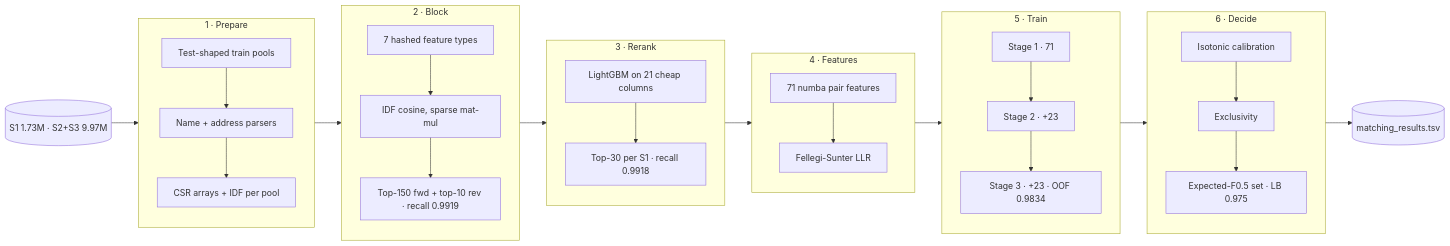
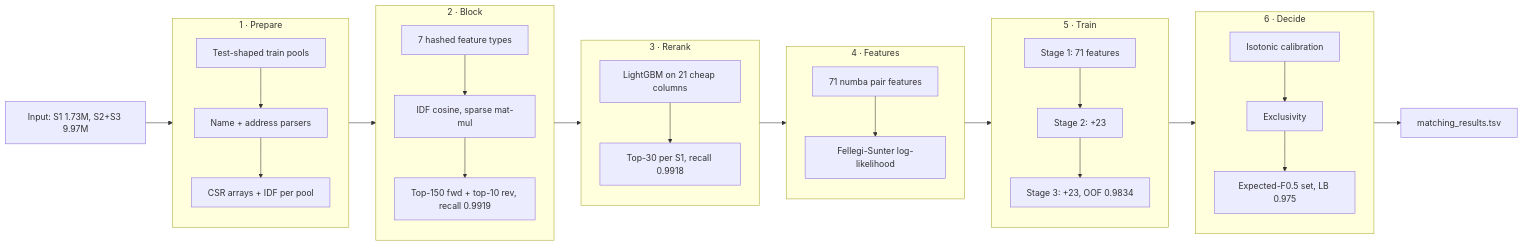
One commit to supersanchayrx/Entity_Resolution_ML_Challenge_2026_Amazon changed the diagram in docs/architecture.mmd. Above: the diagram before and after it, drawn with Mermaid. The commit also changed 3 other files, not shown here.

First line of the commit message:
Excalidraw overview diagram at the top of the README

```diff
--- a/docs/architecture.mmd
+++ b/docs/architecture.mmd
@@ -1,37 +1,37 @@
-%% Compact source of docs/architecture.svg (paste into Mermaid Live or Excalidraw's Mermaid import)
+%% Source of docs/architecture_overview.excalidraw (converted with mermaid-to-excalidraw.vercel.app)
 flowchart LR
-    IN[("S1 1.73M · S2+S3 9.97M")]
+    IN["Input: S1 1.73M, S2+S3 9.97M"]
 
     subgraph P1["1 · Prepare"]
         direction TB
         A1["Test-shaped train pools"] --> A2["Name + address parsers"] --> A3["CSR arrays + IDF per pool"]
     end
 
     subgraph P2["2 · Block"]
         direction TB
-        B1["7 hashed feature types"] --> B2["IDF cosine, sparse mat-mul"] --> B3["Top-150 fwd + top-10 rev · recall 0.9919"]
+        B1["7 hashed feature types"] --> B2["IDF cosine, sparse mat-mul"] --> B3["Top-150 fwd + top-10 rev, recall 0.9919"]
     end
 
     subgraph P3["3 · Rerank"]
         direction TB
-        C1["LightGBM on 21 cheap columns"] --> C2["Top-30 per S1 · recall 0.9918"]
+        C1["LightGBM on 21 cheap columns"] --> C2["Top-30 per S1, recall 0.9918"]
     end
 
     subgraph P4["4 · Features"]
         direction TB
-        D1["71 numba pair features"] --> D2["Fellegi-Sunter LLR"]
+        D1["71 numba pair features"] --> D2["Fellegi-Sunter log-likelihood"]
     end
 
     subgraph P5["5 · Train"]
         direction TB
-        E1["Stage 1 · 71"] --> E2["Stage 2 · +23"] --> E3["Stage 3 · +23 · OOF 0.9834"]
+        E1["Stage 1: 71 features"] --> E2["Stage 2: +23"] --> E3["Stage 3: +23, OOF 0.9834"]
     end
 
     subgraph P6["6 · Decide"]
         direction TB
-        F1["Isotonic calibration"] --> F2["Exclusivity"] --> F3["Expected-F0.5 set · LB 0.975"]
+        F1["Isotonic calibration"] --> F2["Exclusivity"] --> F3["Expected-F0.5 set, LB 0.975"]
     end
 
-    OUT[("matching_results.tsv")]
+    OUT["matching_results.tsv"]
 
     IN --> P1 --> P2 --> P3 --> P4 --> P5 --> P6 --> OUT
```
